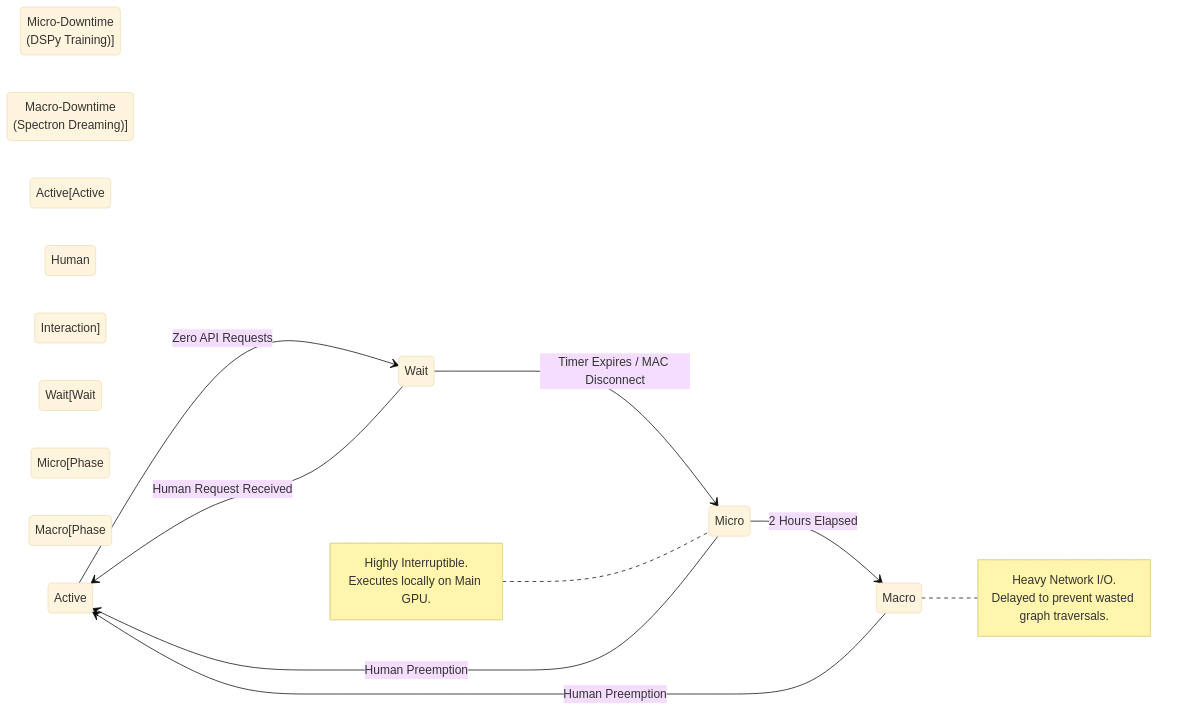
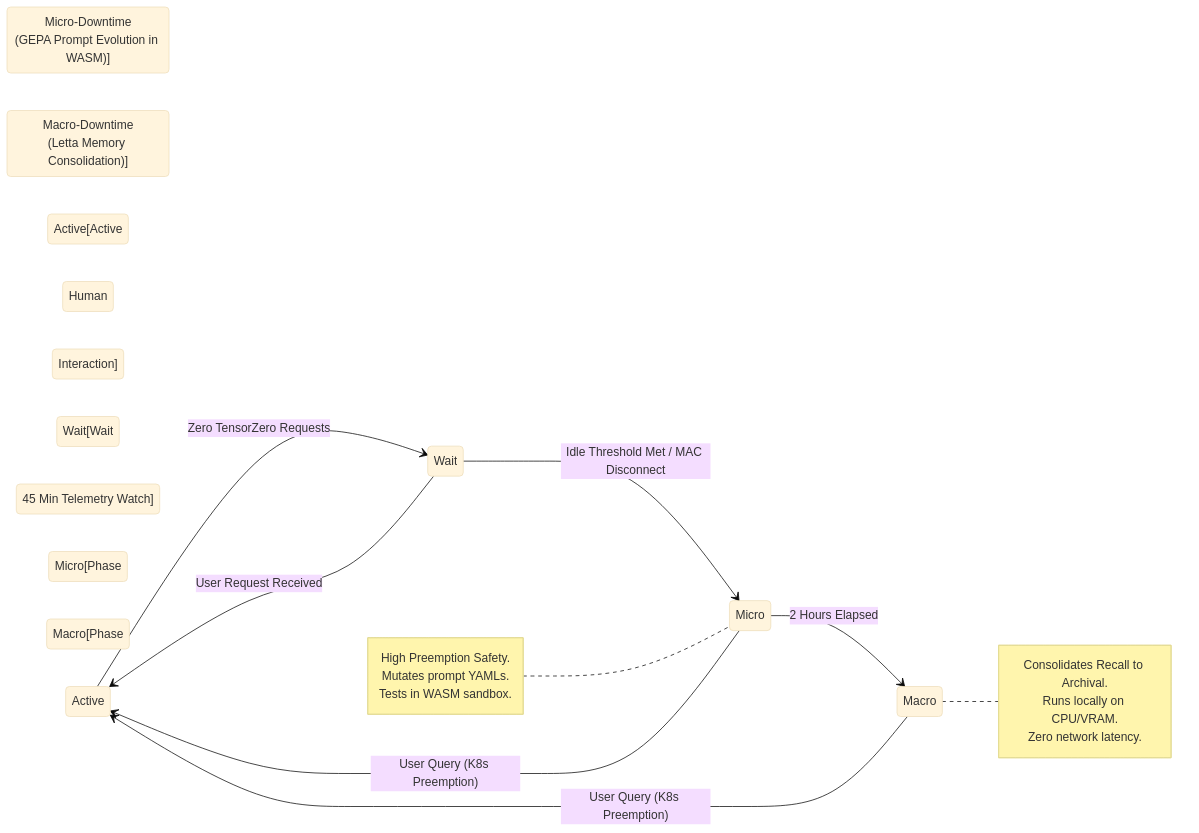
The diagram in docs/09. The Autonomous Dynamic _Idle-Loop_ & _Dreaming.md (foersben/janus-synapse-edge), drawn with Mermaid (base theme) before and after one commit. The commit also changed other lines of this file and 12 other files, not shown here.

````diff
--- a/docs/09. The Autonomous Dynamic _Idle-Loop_ & _Dreaming.md
+++ b/docs/09. The Autonomous Dynamic _Idle-Loop_ & _Dreaming.md
@@ -46,28 +47,30 @@
 ```mermaid
 stateDiagram-v2
     %% Idle-Loop State Machine
     direction LR
 
     Active[Active Human Interaction]
-    Wait[Wait State (45 Min)]
-    Micro[Phase 1: Micro-Downtime<br/>(DSPy Training)]
-    Macro[Phase 2: Macro-Downtime<br/>(Spectron Dreaming)]
+    Wait[Wait State: 45 Min Telemetry Watch]
+    Micro[Phase 1: Micro-Downtime<br/>(GEPA Prompt Evolution in WASM)]
+    Macro[Phase 2: Macro-Downtime<br/>(Letta Memory Consolidation)]
 
-    Active --> Wait : Zero API Requests
-    Wait --> Active : Human Request Received
-    Wait --> Micro : Timer Expires / MAC Disconnect
+    Active --> Wait : Zero TensorZero Requests
+    Wait --> Active : User Request Received
+    Wait --> Micro : Idle Threshold Met / MAC Disconnect
 
     Micro --> Macro : 2 Hours Elapsed
-    Macro --> Active : Human Preemption
-    Micro --> Active : Human Preemption
+    Macro --> Active : User Query (K8s Preemption)
+    Micro --> Active : User Query (K8s Preemption)
 
     note left of Micro
-        Highly Interruptible.
-        Executes locally on Main GPU.
+        High Preemption Safety.
+        Mutates prompt YAMLs.
+        Tests in WASM sandbox.
     end note
 
     note right of Macro
-        Heavy Network I/O.
-        Delayed to prevent wasted graph traversals.
+        Consolidates Recall to Archival.
+        Runs locally on CPU/VRAM.
+        Zero network latency.
     end note
 ```
````
